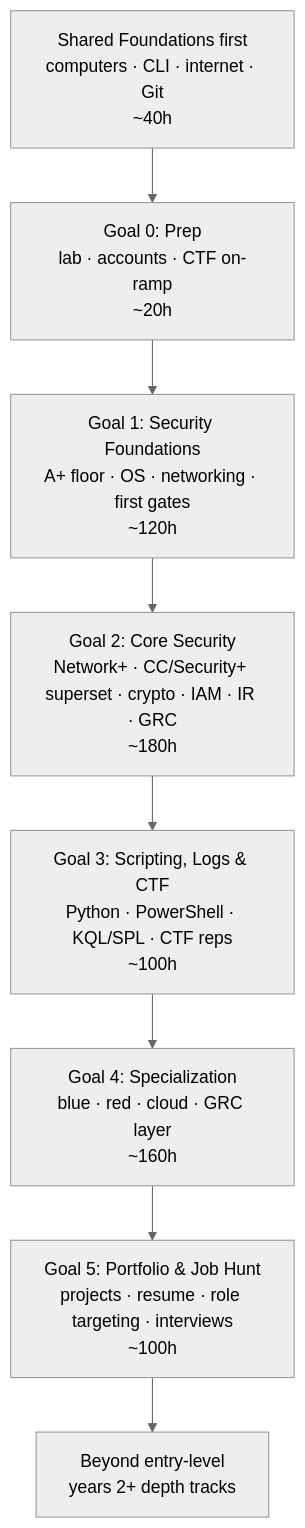
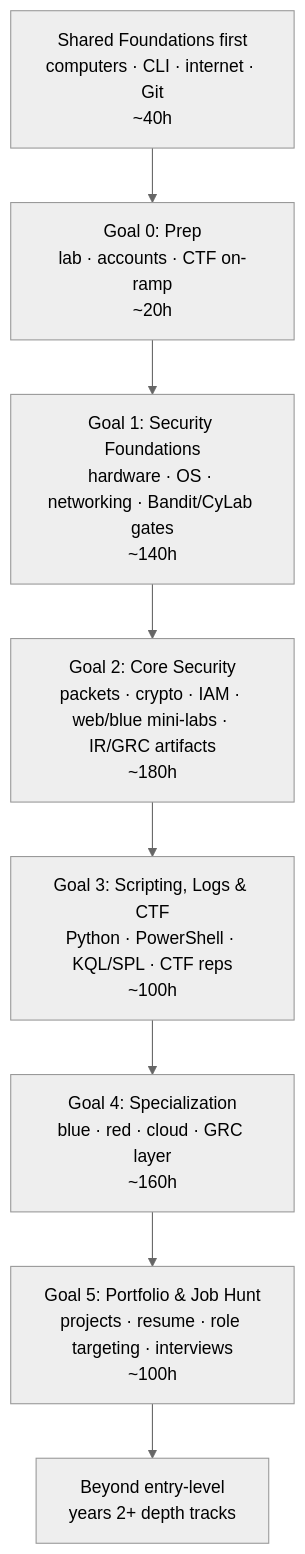
One commit to Kuuhakumu/project-87121gt626vsdfac changed the diagram in guides/cybersecurity/README.md. Above: the diagram before and after it, drawn with Mermaid (neutral theme). The commit also changed other lines of this file and 11 other files, not shown here.

````diff
--- a/guides/cybersecurity/README.md
+++ b/guides/cybersecurity/README.md
@@ -12,10 +12,10 @@
 ```mermaid
 graph TD
     S[Shared Foundations first<br/>computers · CLI · internet · Git<br/>~40h] --> G0[Goal 0: Prep<br/>lab · accounts · CTF on-ramp<br/>~20h]
-    G0 --> G1[Goal 1: Security Foundations<br/>A+ floor · OS · networking · first gates<br/>~120h]
-    G1 --> G2[Goal 2: Core Security<br/>Network+ · CC/Security+ superset · crypto · IAM · IR · GRC<br/>~180h]
+    G0 --> G1[Goal 1: Security Foundations<br/>hardware · OS · networking · Bandit/CyLab gates<br/>~140h]
+    G1 --> G2[Goal 2: Core Security<br/>packets · crypto · IAM · web/blue mini-labs · IR/GRC artifacts<br/>~180h]
     G2 --> G3[Goal 3: Scripting, Logs & CTF<br/>Python · PowerShell · KQL/SPL · CTF reps<br/>~100h]
     G3 --> G4[Goal 4: Specialization<br/>blue · red · cloud · GRC layer<br/>~160h]
     G4 --> G5[Goal 5: Portfolio & Job Hunt<br/>projects · resume · role targeting · interviews<br/>~100h]
     G5 --> B[Beyond entry-level<br/>years 2+ depth tracks]
 ```
````
